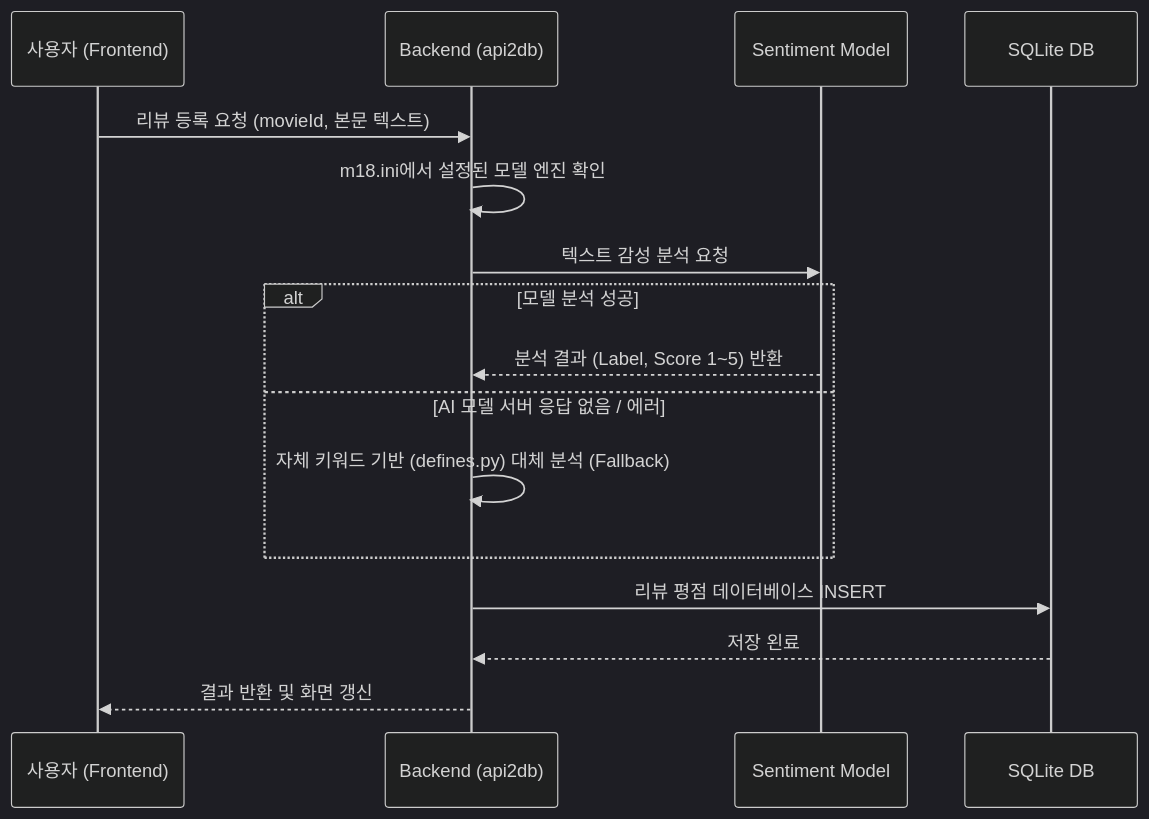
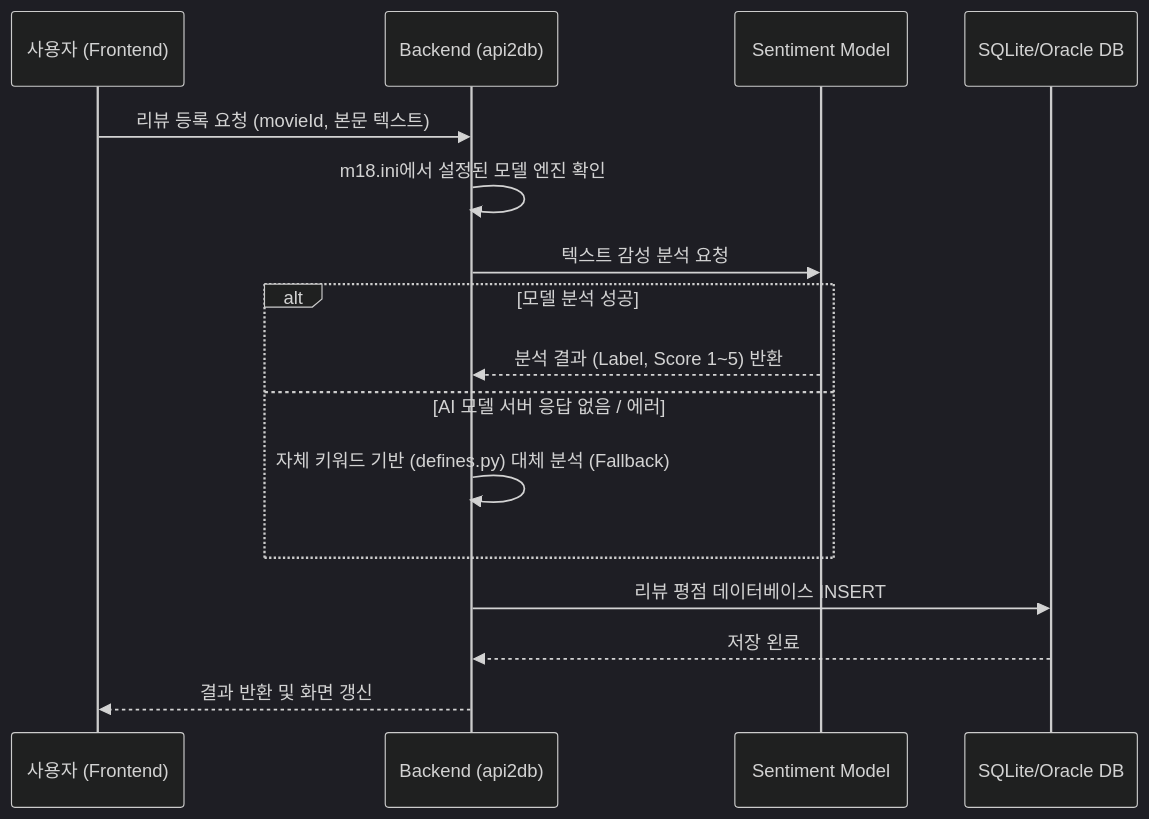
The second of 4 diagrams in doc/TECH.md (NararaDak/mission18), drawn with Mermaid (dark theme) before and after one commit. The commit also changed other lines of this file and 12 other files, not shown here.

````diff
--- a/doc/TECH.md
+++ b/doc/TECH.md
@@ -278,21 +58,21 @@
 ```mermaid
 sequenceDiagram
     participant User as 사용자 (Frontend)
     participant BE as Backend (api2db)
     participant Model as Sentiment Model
-    participant DB as SQLite DB
+    participant DB as SQLite/Oracle DB
 
     User->>BE: 리뷰 등록 요청 (movieId, 본문 텍스트)
     BE->>BE: m18.ini에서 설정된 모델 엔진 확인
     BE->>Model: 텍스트 감성 분석 요청
     
     alt 모델 분석 성공
         Model-->>BE: 분석 결과 (Label, Score 1~5) 반환
     else AI 모델 서버 응답 없음 / 에러
         BE->>BE: 자체 키워드 기반 (defines.py) 대체 분석 (Fallback)
     end
     
     BE->>DB: 리뷰 평점 데이터베이스 INSERT
     DB-->>BE: 저장 왼료
     BE-->>User: 결과 반환 및 화면 갱신
 ```
````
